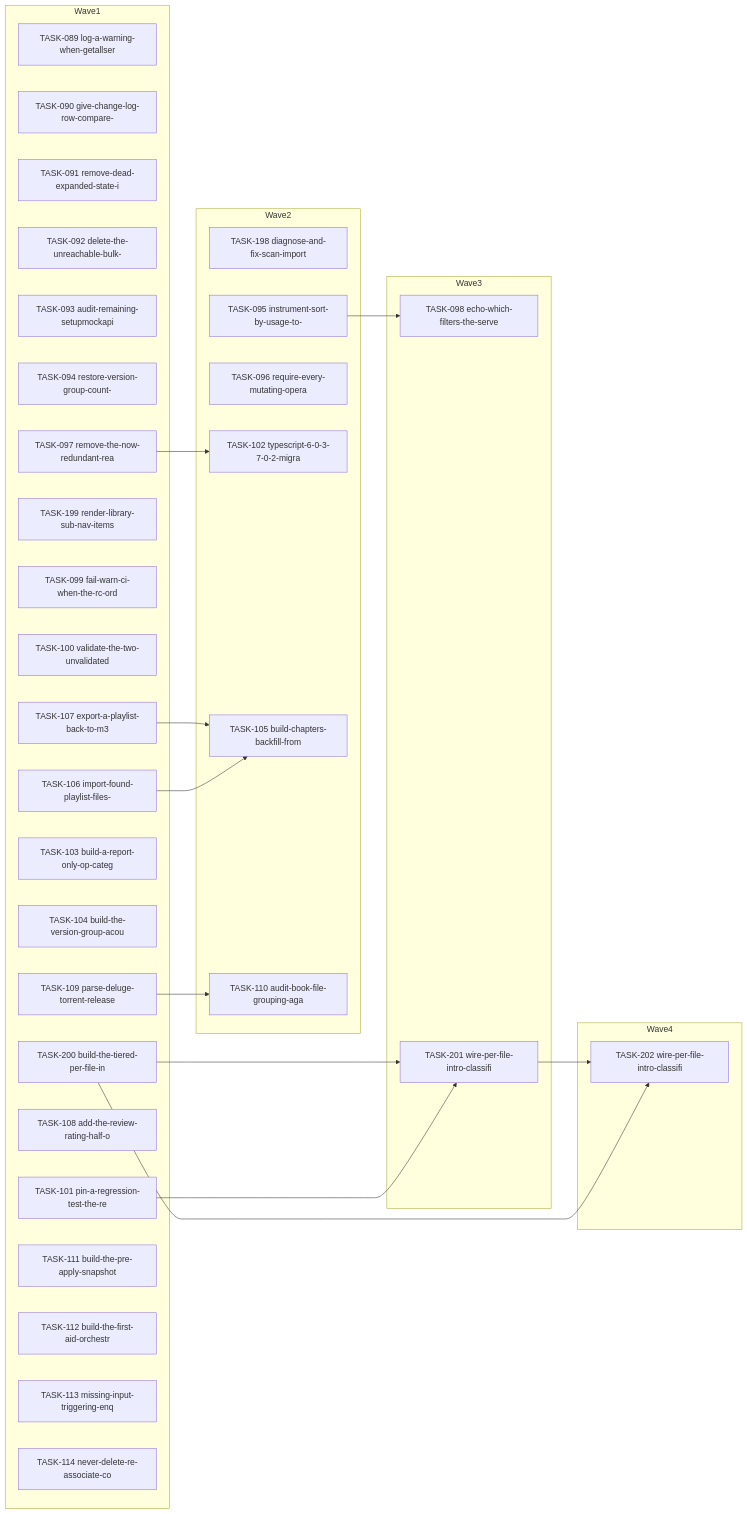
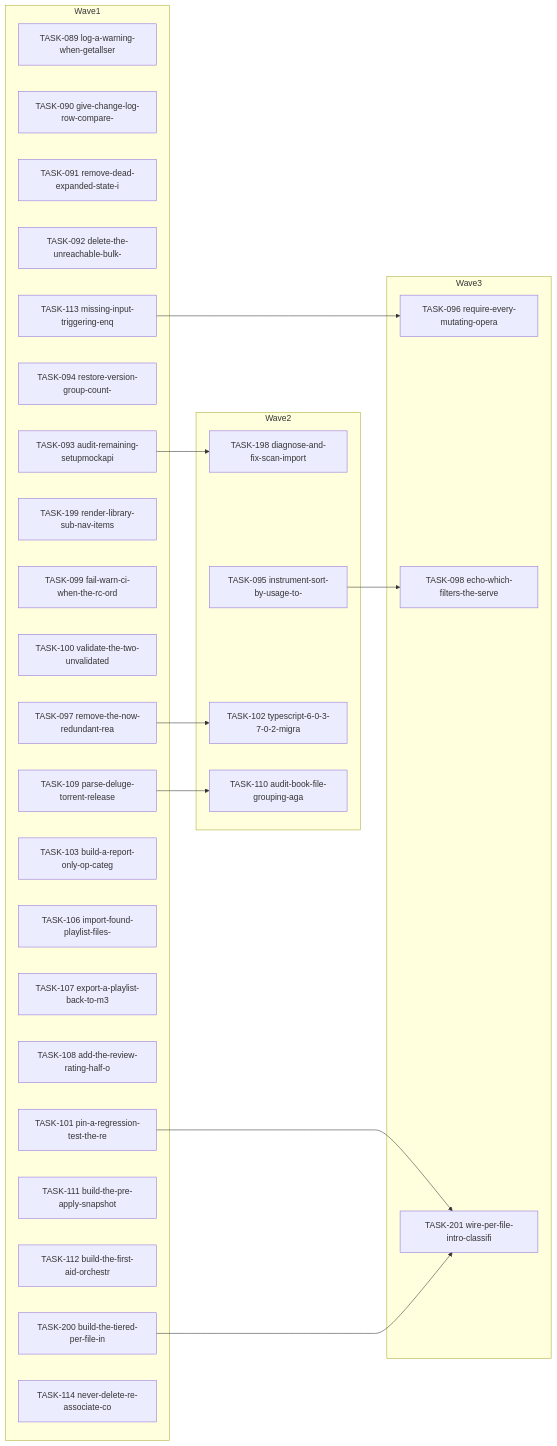
The diagram in docs/agent-tasks/todo-completion/missing-file-lane/orchestration.md (falkcorp/audiobook-organizer), drawn with Mermaid before and after one commit. The commit also changed other lines of this file and 325 other files, not shown here.

````diff
--- a/docs/agent-tasks/todo-completion/missing-file-lane/orchestration.md
+++ b/docs/agent-tasks/todo-completion/missing-file-lane/orchestration.md
@@ -12,51 +12,44 @@
 ```mermaid
 flowchart LR
     subgraph Wave1
       TASK089[TASK-089 log-a-warning-when-getallser]
       TASK090[TASK-090 give-change-log-row-compare-]
       TASK091[TASK-091 remove-dead-expanded-state-i]
       TASK092[TASK-092 delete-the-unreachable-bulk-]
       TASK093[TASK-093 audit-remaining-setupmockapi]
       TASK094[TASK-094 restore-version-group-count-]
       TASK097[TASK-097 remove-the-now-redundant-rea]
       TASK199[TASK-199 render-library-sub-nav-items]
       TASK099[TASK-099 fail-warn-ci-when-the-rc-ord]
       TASK100[TASK-100 validate-the-two-unvalidated]
       TASK101[TASK-101 pin-a-regression-test-the-re]
       TASK200[TASK-200 build-the-tiered-per-file-in]
       TASK103[TASK-103 build-a-report-only-op-categ]
-      TASK104[TASK-104 build-the-version-group-acou]
       TASK106[TASK-106 import-found-playlist-files-]
       TASK107[TASK-107 export-a-playlist-back-to-m3]
       TASK108[TASK-108 add-the-review-rating-half-o]
       TASK109[TASK-109 parse-deluge-torrent-release]
       TASK111[TASK-111 build-the-pre-apply-snapshot]
       TASK112[TASK-112 build-the-first-aid-orchestr]
       TASK113[TASK-113 missing-input-triggering-enq]
       TASK114[TASK-114 never-delete-re-associate-co]
     end
     subgraph Wave2
       TASK198[TASK-198 diagnose-and-fix-scan-import]
       TASK095[TASK-095 instrument-sort-by-usage-to-]
-      TASK096[TASK-096 require-every-mutating-opera]
       TASK102[TASK-102 typescript-6-0-3-7-0-2-migra]
-      TASK105[TASK-105 build-chapters-backfill-from]
       TASK110[TASK-110 audit-book-file-grouping-aga]
     end
     subgraph Wave3
+      TASK096[TASK-096 require-every-mutating-opera]
       TASK098[TASK-098 echo-which-filters-the-serve]
       TASK201[TASK-201 wire-per-file-intro-classifi]
     end
-    subgraph Wave4
-      TASK202[TASK-202 wire-per-file-intro-classifi]
-    end
+    TASK093 --> TASK198
     TASK095 --> TASK098
     TASK097 --> TASK102
     TASK101 --> TASK201
-    TASK106 --> TASK105
-    TASK107 --> TASK105
     TASK109 --> TASK110
+    TASK113 --> TASK096
     TASK200 --> TASK201
-    TASK200 --> TASK202
-    TASK201 --> TASK202
 ```
````
